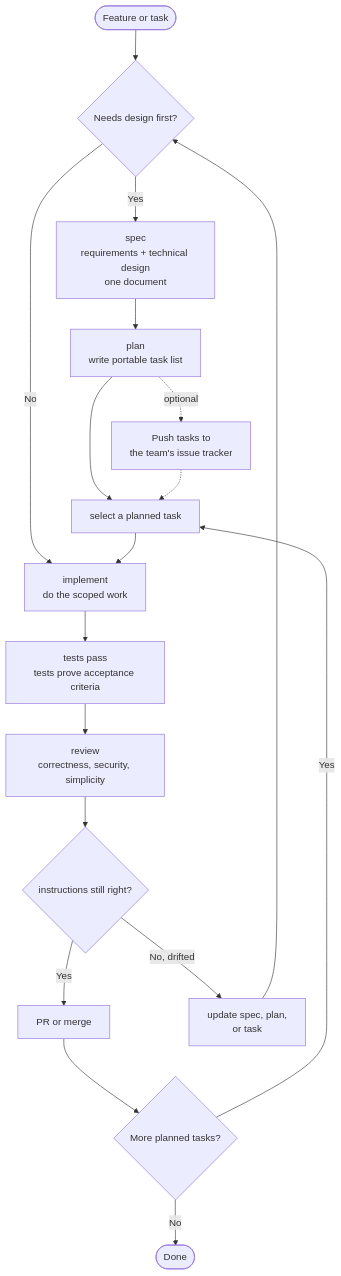
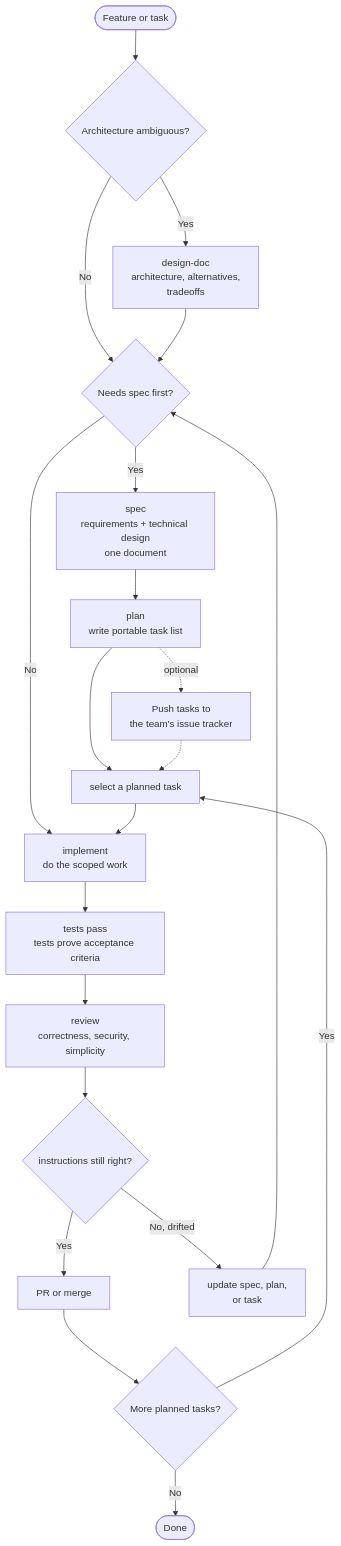
Before and after one commit to owainlewis/blueprint: the diagram in README.md, drawn with Mermaid. The commit also changed other lines of this file and 6 other files, not shown here.

````diff
--- a/README.md
+++ b/README.md
@@ -31,20 +34,23 @@
 ```mermaid
 flowchart TD
-    Start([Feature or task]) --> Choice{Needs design first?}
+    Start([Feature or task]) --> Architecture{Architecture ambiguous?}
+    Architecture -->|Yes| Design[design-doc<br/>architecture, alternatives,<br/>tradeoffs]
+    Architecture -->|No| Choice{Needs spec first?}
+    Design --> Choice
     Choice -->|Yes| Spec[spec<br/>requirements + technical design<br/>one document]
     Choice -->|No| Implement[implement<br/>do the scoped work]
     Spec --> Plan[plan<br/>write portable task list]
     Plan --> Task[select a planned task]
     Plan -. optional .-> Destination[Push tasks to<br/>the team's issue tracker]
     Destination -.-> Task
     Task --> Implement
     Implement --> Tests[tests pass<br/>tests prove acceptance criteria]
     Tests --> Review[review<br/>correctness, security, simplicity]
     Review --> Decision{instructions still right?}
     Decision -->|Yes| Ship[PR or merge]
     Decision -->|No, drifted| Update[update spec, plan,<br/>or task]
     Update --> Choice
     Ship --> More{More planned tasks?}
     More -->|Yes| Task
     More -->|No| Done([Done])
 ```
````
